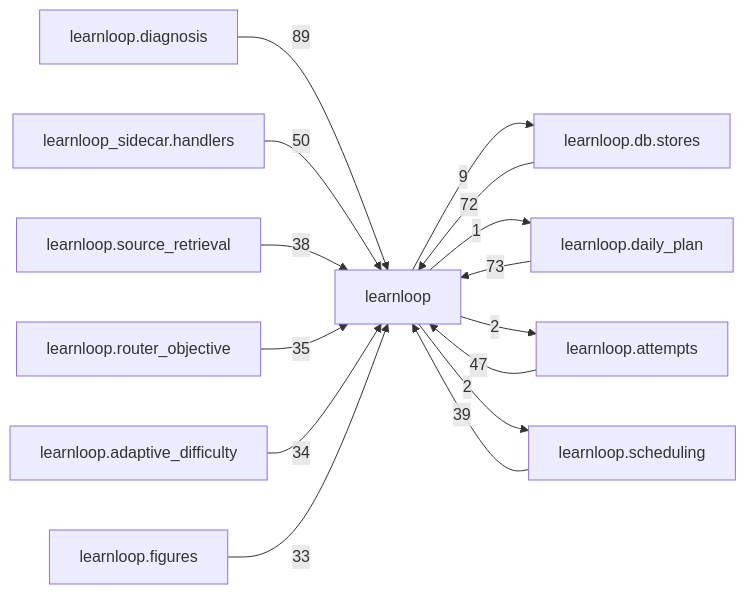
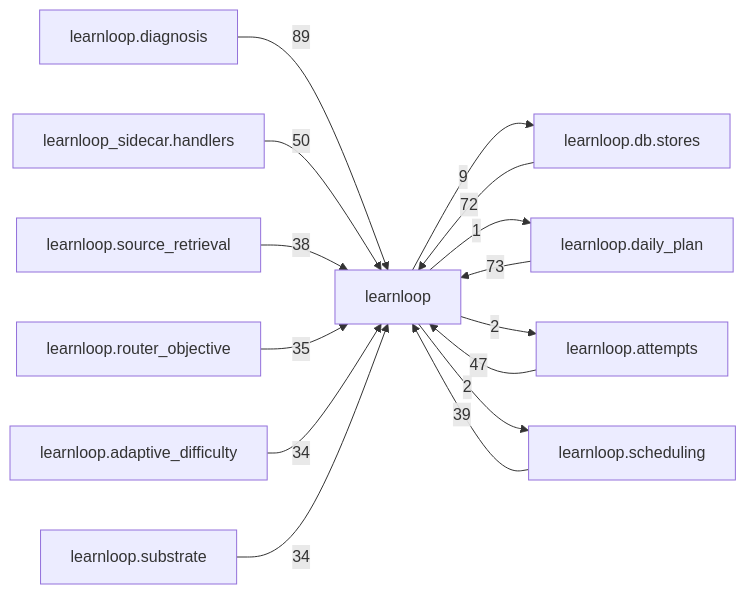
Before and after one commit to 6up-b/learnanything: the diagram in docs/learnloop-architecture-vault/Reference/Modules/learnloop/_package.md, drawn with Mermaid. The commit also changed other lines of this file and 44 other files, not shown here.

````diff
--- a/docs/learnloop-architecture-vault/Reference/Modules/learnloop/_package.md
+++ b/docs/learnloop-architecture-vault/Reference/Modules/learnloop/_package.md
@@ -271,28 +271,28 @@
 ```mermaid
 flowchart LR
     center["learnloop"]
     n_learnloop_diagnosis["learnloop.diagnosis"]
     n_learnloop_db_stores["learnloop.db.stores"]
     n_learnloop_daily_plan["learnloop.daily_plan"]
     n_learnloop_sidecar_handlers["learnloop_sidecar.handlers"]
     n_learnloop_attempts["learnloop.attempts"]
     n_learnloop_scheduling["learnloop.scheduling"]
     n_learnloop_source_retrieval["learnloop.source_retrieval"]
     n_learnloop_router_objective["learnloop.router_objective"]
     n_learnloop_adaptive_difficulty["learnloop.adaptive_difficulty"]
-    n_learnloop_figures["learnloop.figures"]
+    n_learnloop_substrate["learnloop.substrate"]
     n_learnloop_diagnosis -->|89| center
     n_learnloop_db_stores -->|72| center
     center -->|9| n_learnloop_db_stores
     n_learnloop_daily_plan -->|73| center
     center -->|1| n_learnloop_daily_plan
     n_learnloop_sidecar_handlers -->|50| center
     n_learnloop_attempts -->|47| center
     center -->|2| n_learnloop_attempts
     n_learnloop_scheduling -->|39| center
     center -->|2| n_learnloop_scheduling
     n_learnloop_source_retrieval -->|38| center
     n_learnloop_router_objective -->|35| center
     n_learnloop_adaptive_difficulty -->|34| center
-    n_learnloop_figures -->|33| center
+    n_learnloop_substrate -->|34| center
 ```
````
